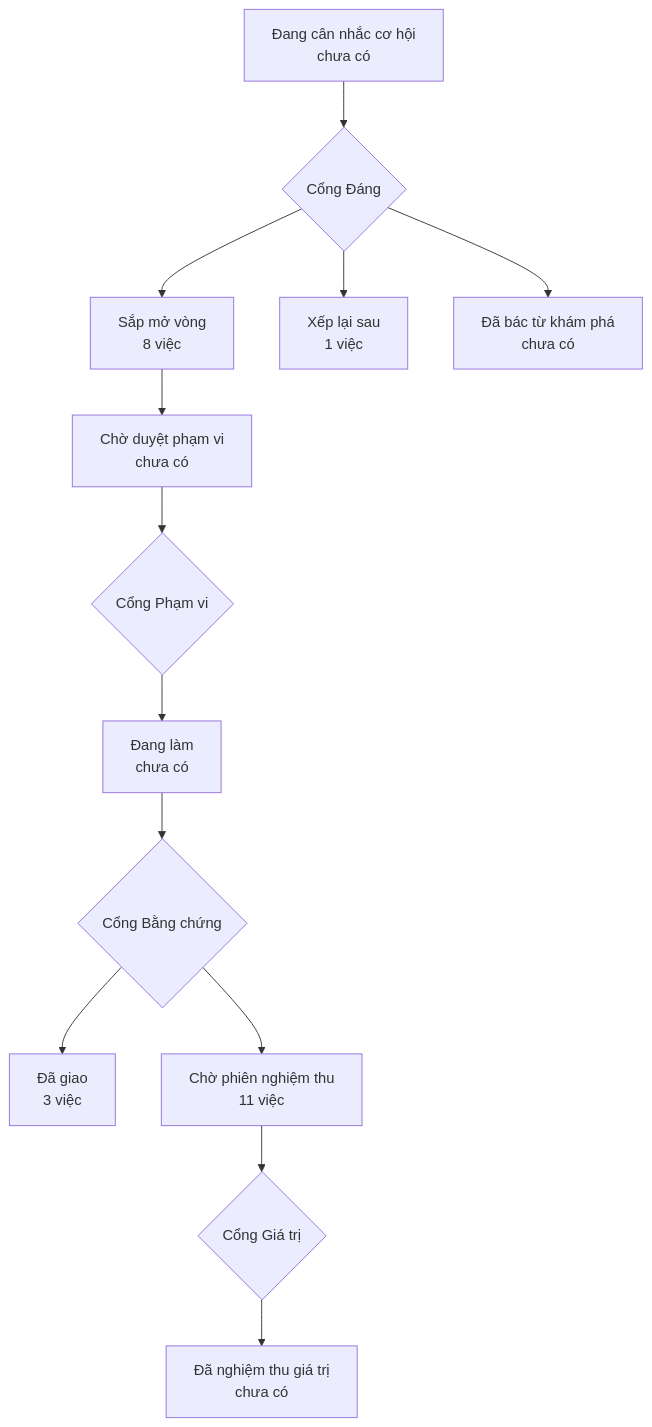
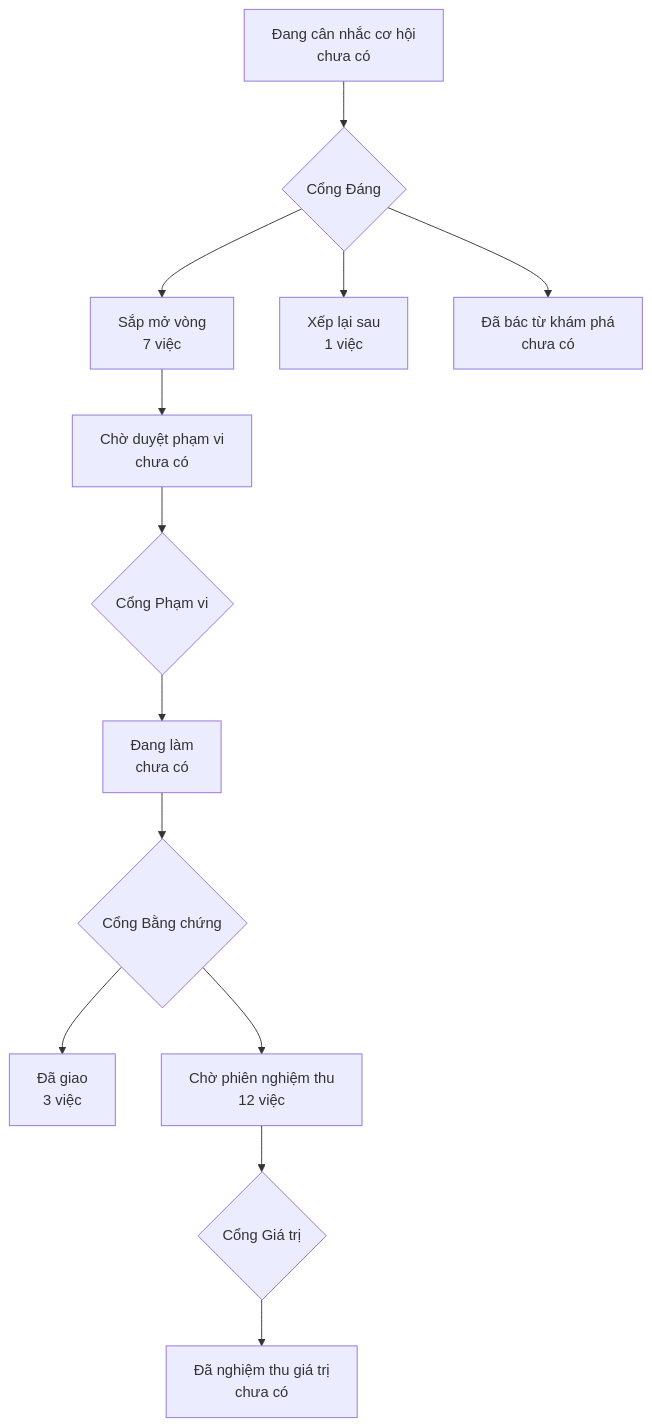
Before and after one commit to phanlemanh/onehub-quy-hang: the diagram in PRODUCT-MAP.md, drawn with Mermaid. The commit also changed 1 other file, not shown here.

Commit message:
chore(product-map): vẽ lại sau khi hàng 57 máy thông

````diff
--- a/PRODUCT-MAP.md
+++ b/PRODUCT-MAP.md
@@ -7,12 +7,12 @@
 ```mermaid
 flowchart TD
   A["Đang cân nhắc cơ hội<br/>chưa có"] --> GD{"Cổng Đáng"}
-  GD --> B["Sắp mở vòng<br/>8 việc"]
+  GD --> B["Sắp mở vòng<br/>7 việc"]
   GD --> XL["Xếp lại sau<br/>1 việc"]
   GD --> DB["Đã bác từ khám phá<br/>chưa có"]
   B --> CD["Chờ duyệt phạm vi<br/>chưa có"] --> GP{"Cổng Phạm vi"}
   GP --> DL["Đang làm<br/>chưa có"] --> GB{"Cổng Bằng chứng"}
   GB --> DG["Đã giao<br/>3 việc"]
-  GB --> CN["Chờ phiên nghiệm thu<br/>11 việc"] --> GG{"Cổng Giá trị"}
+  GB --> CN["Chờ phiên nghiệm thu<br/>12 việc"] --> GG{"Cổng Giá trị"}
   GG --> NT["Đã nghiệm thu giá trị<br/>chưa có"]
 ```
````
